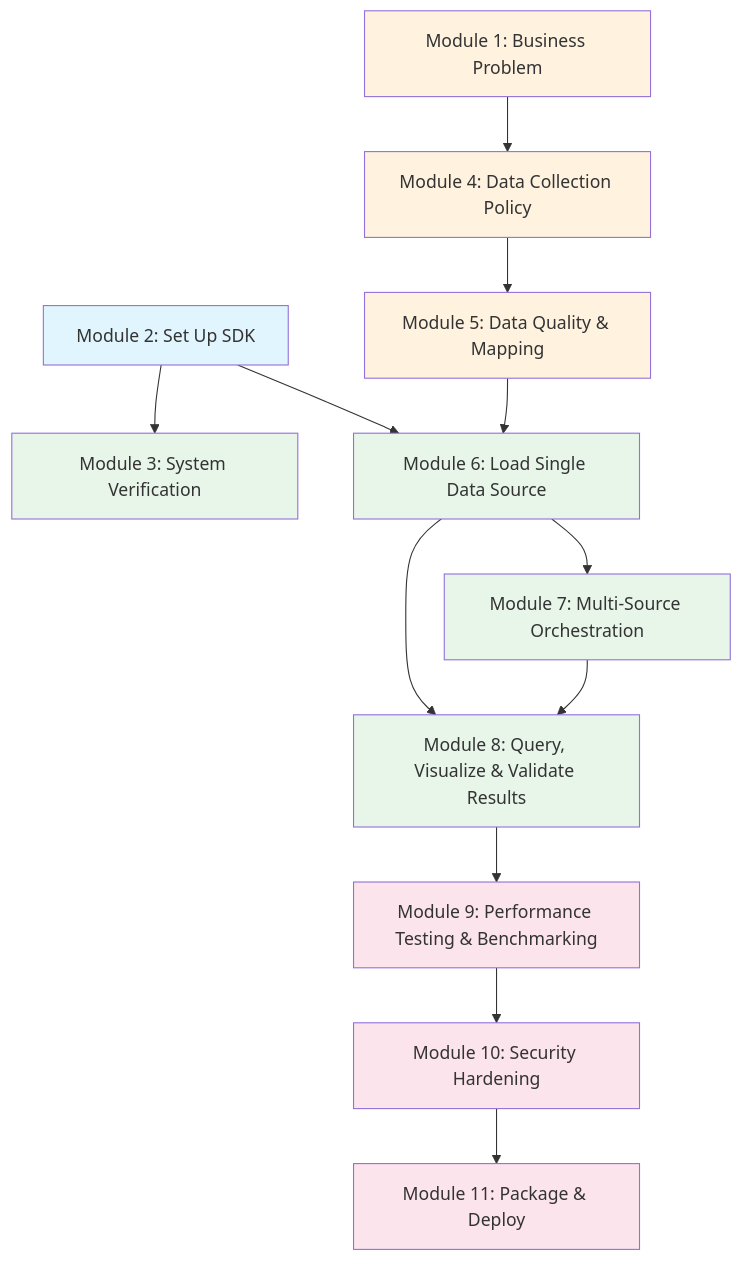
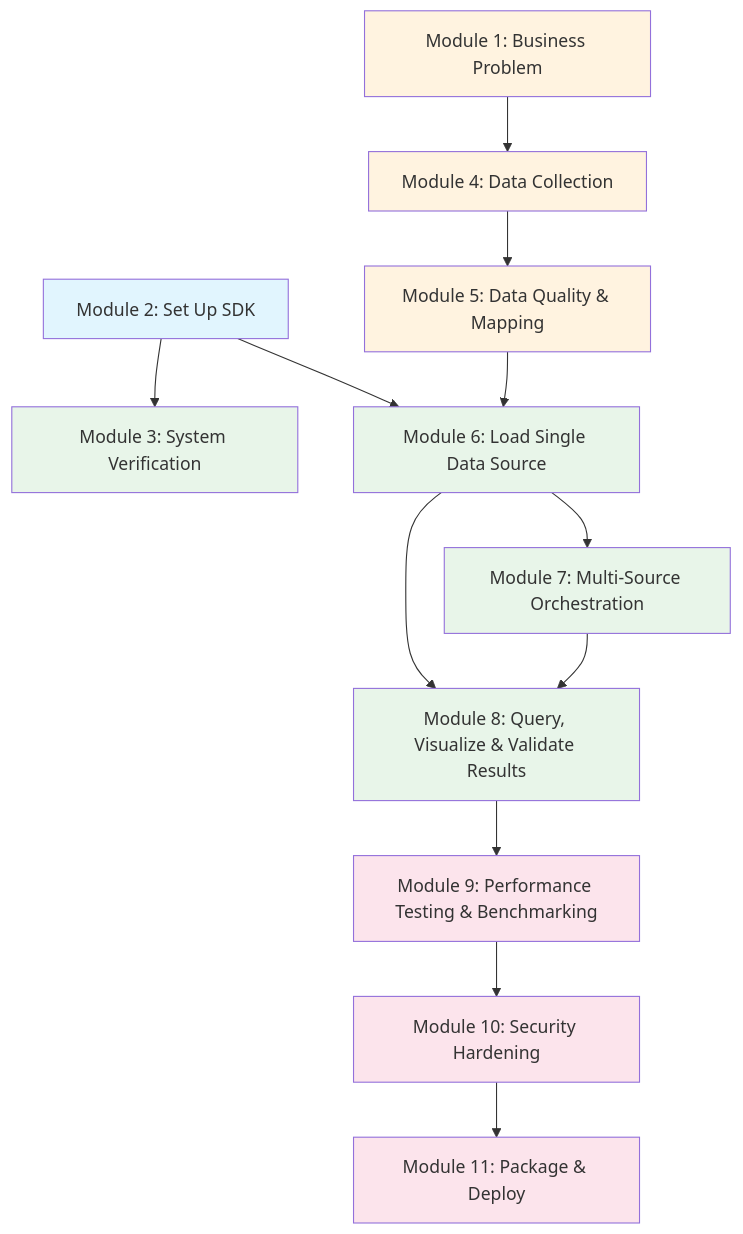
Before and after one commit to docktermj/senzing-bootcamp-kiro-powers: the diagram in senzing-bootcamp/docs/diagrams/module-prerequisites.md, drawn with Mermaid. The commit also changed 16 other files, not shown here.

````diff
--- a/senzing-bootcamp/docs/diagrams/module-prerequisites.md
+++ b/senzing-bootcamp/docs/diagrams/module-prerequisites.md
@@ -5,29 +5,29 @@
 ```mermaid
 graph TD
     M2[Module 2: Set Up SDK] --> M3[Module 3: System Verification]
     M2 --> M6[Module 6: Load Single Data Source]
 
-    M1[Module 1: Business Problem] --> M4[Module 4: Data Collection Policy]
+    M1[Module 1: Business Problem] --> M4[Module 4: Data Collection]
     M4 --> M5[Module 5: Data Quality & Mapping]
     M5 --> M6
 
     M6 --> M7[Module 7: Multi-Source Orchestration]
     M6 --> M8[Module 8: Query, Visualize & Validate Results]
     M7 --> M8
 
     M8 --> M9[Module 9: Performance Testing & Benchmarking]
     M9 --> M10[Module 10: Security Hardening]
     M10 --> M11[Module 11: Package & Deploy]
 
     style M1 fill:#fff3e0
     style M2 fill:#e1f5fe
     style M3 fill:#e8f5e9
     style M4 fill:#fff3e0
     style M5 fill:#fff3e0
     style M6 fill:#e8f5e9
     style M7 fill:#e8f5e9
     style M8 fill:#e8f5e9
     style M9 fill:#fce4ec
     style M10 fill:#fce4ec
     style M11 fill:#fce4ec
 ```
````
